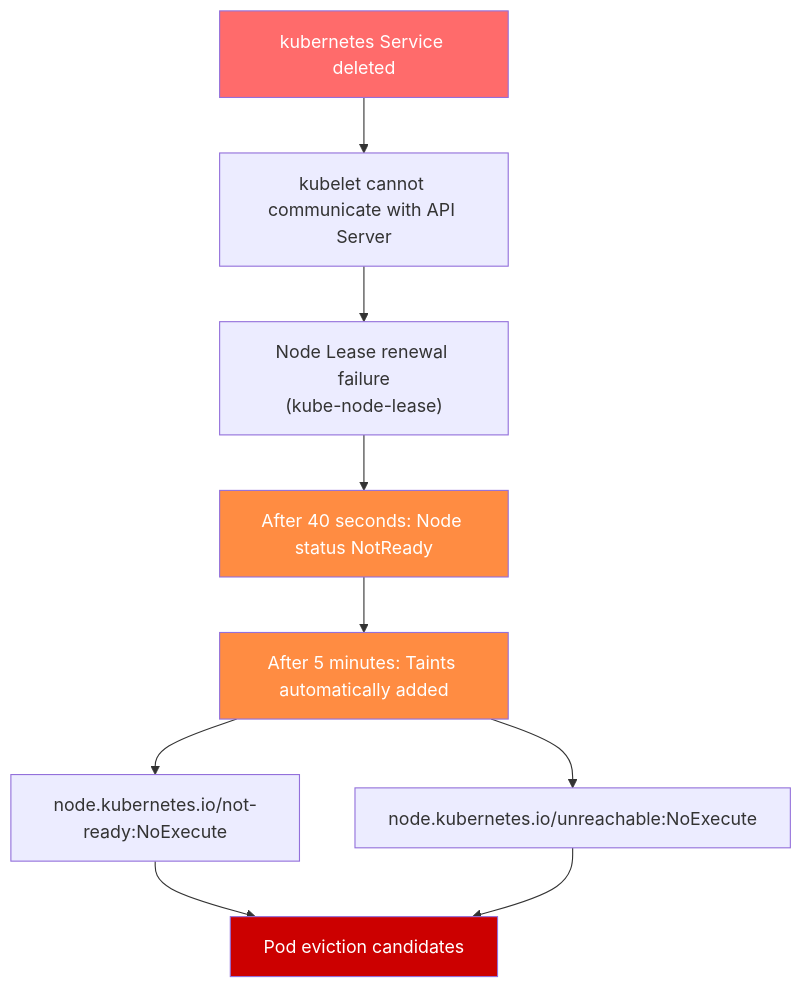
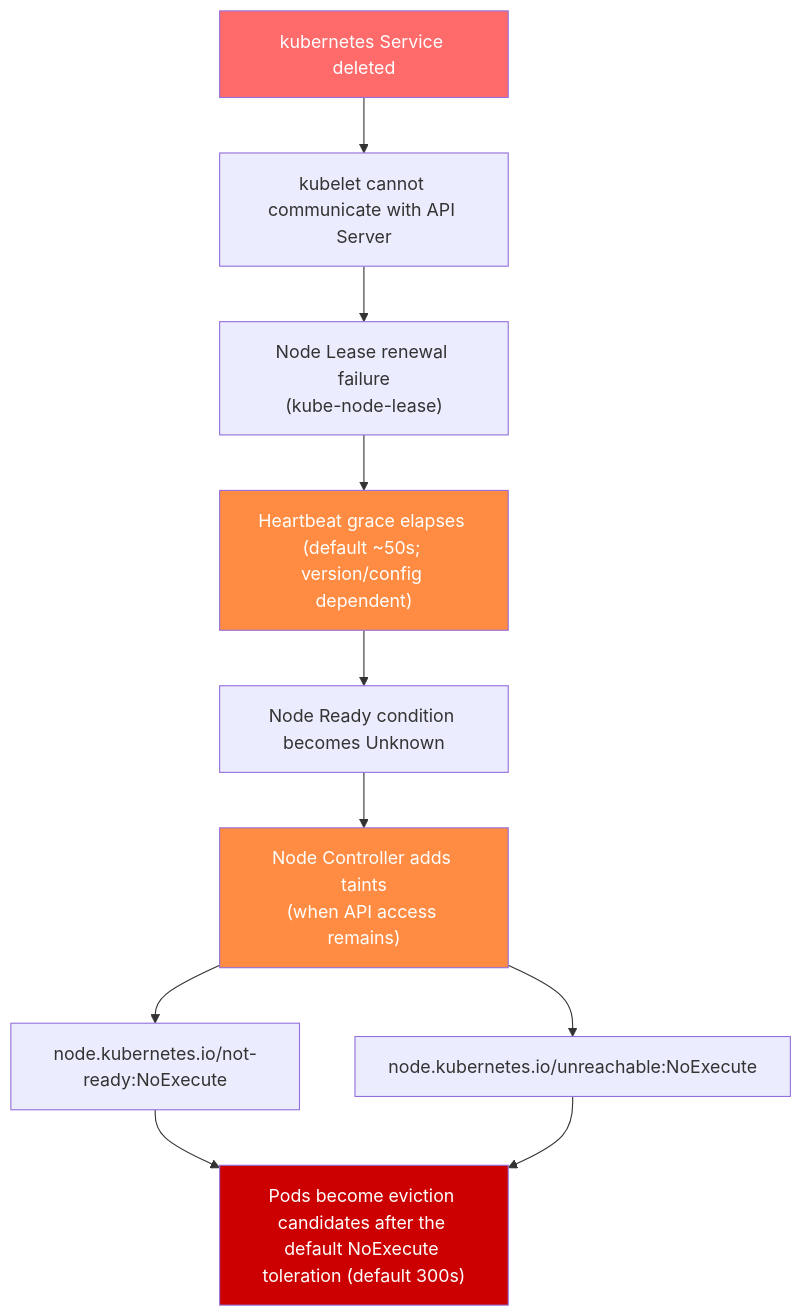
The second of 2 diagrams in docs/eks-best-practices/security-authn/default-namespace-incident.md (devfloor9/engineering-playbook), drawn with Mermaid before and after one commit. The commit also changed other lines of this file and 9 other files, not shown here.

````diff
--- a/docs/eks-best-practices/security-authn/default-namespace-incident.md
+++ b/docs/eks-best-practices/security-authn/default-namespace-incident.md
@@ -85,16 +85,17 @@
 ```mermaid
 flowchart TD
     A["kubernetes Service deleted"] --> B["kubelet cannot communicate with API Server"]
     B --> C["Node Lease renewal failure<br/>(kube-node-lease)"]
-    C --> D["After 40 seconds: Node status NotReady"]
-    D --> E["After 5 minutes: Taints automatically added"]
-    E --> F["node.kubernetes.io/not-ready:NoExecute"]
-    E --> G["node.kubernetes.io/unreachable:NoExecute"]
-    F --> H["Pod eviction candidates"]
-    G --> H
+    C --> D["Heartbeat grace elapses (default ~50s; version/config dependent)"]
+    D --> E["Node Ready condition becomes Unknown"]
+    E --> F["Node Controller adds taints<br/>(when API access remains)"]
+    F --> G["node.kubernetes.io/not-ready:NoExecute"]
+    F --> H["node.kubernetes.io/unreachable:NoExecute"]
+    G --> I["Pods become eviction candidates after the default NoExecute toleration (default 300s)"]
+    H --> I
 
     style A fill:#ff6b6b,color:#fff
     style D fill:#ff8c42,color:#fff
-    style E fill:#ff8c42,color:#fff
-    style H fill:#cc0000,color:#fff
+    style F fill:#ff8c42,color:#fff
+    style I fill:#cc0000,color:#fff
 ```
````
